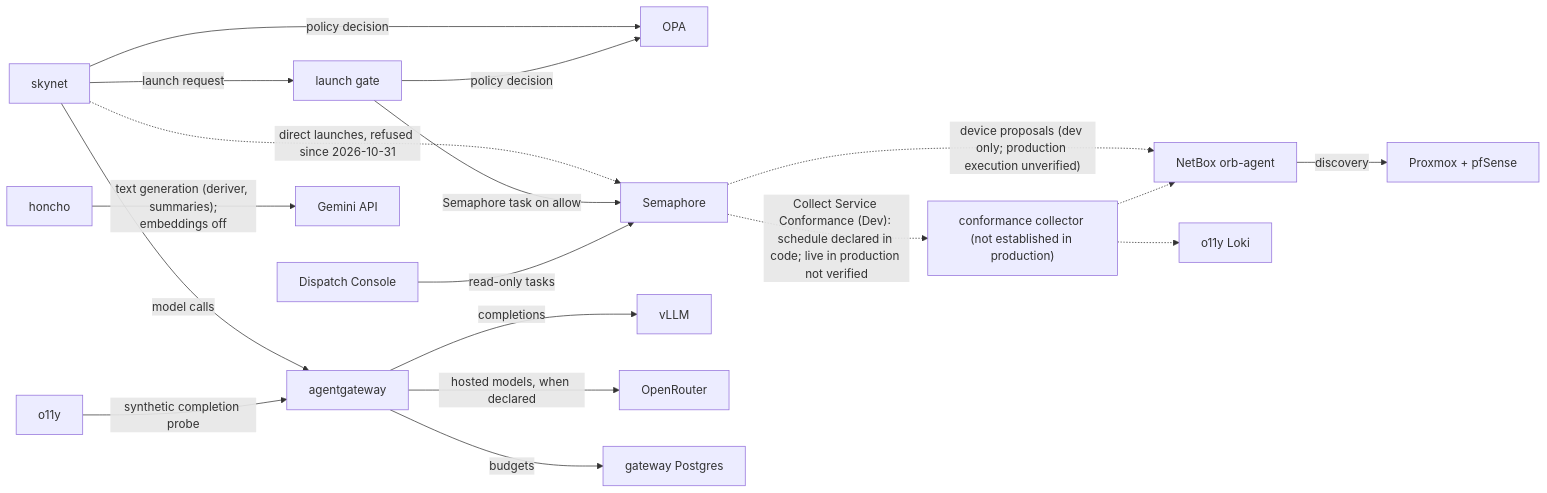
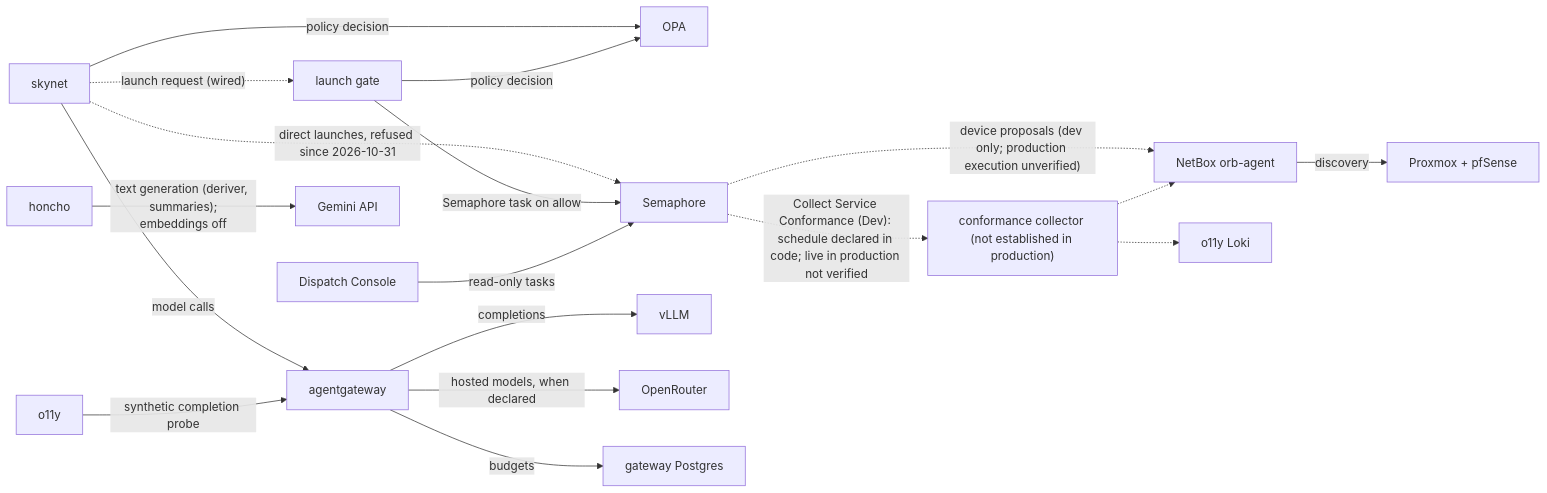
Before and after one commit to uhstray-io/agent-cloud: the fifth of 10 diagrams in plan/architecture/service-architecture.md, drawn with Mermaid. The commit also changed other lines of this file and 5 other files, not shown here.

Commit message:
docs(launch-gate): simplify round 1 on the 4.4 docs: one status phrase, its own spec requirement for the local branch rule

````diff
--- a/plan/architecture/service-architecture.md
+++ b/plan/architecture/service-architecture.md
@@ -290,20 +290,20 @@
 ```mermaid
 flowchart LR
     SKY["skynet"] -->|"policy decision"| OPA["OPA"]
     SKY -->|"model calls"| AGW["agentgateway"]
     SKY -.->|"direct launches, refused since 2026-10-31"| SEM["Semaphore"]
-    SKY -->|"launch request"| LG["launch gate"]
+    SKY -.->|"launch request (wired)"| LG["launch gate"]
     LG -->|"policy decision"| OPA
     LG -->|"Semaphore task on allow"| SEM
     AGW -->|"completions"| VLLM["vLLM"]
     AGW -->|"hosted models, when declared"| OR["OpenRouter"]
     AGW -->|"budgets"| AGWDB["gateway Postgres"]
     CON["Dispatch Console"] -->|"read-only tasks"| SEM
     HON["honcho"] -->|"text generation (deriver, summaries);<br/>embeddings off"| GEM["Gemini API"]
     NB["NetBox orb-agent"] -->|"discovery"| PVE["Proxmox + pfSense"]
     SEM -.->|"device proposals (dev only; production execution unverified)"| NB
     O11Y["o11y"] -->|"synthetic completion probe"| AGW
     SEM -.->|"Collect Service Conformance (Dev): schedule declared in code; live in production not verified"| COL["conformance collector (not established in production)"]
     COL -.-> NB
     COL -.-> LOKI["o11y Loki"]
 ```
````
